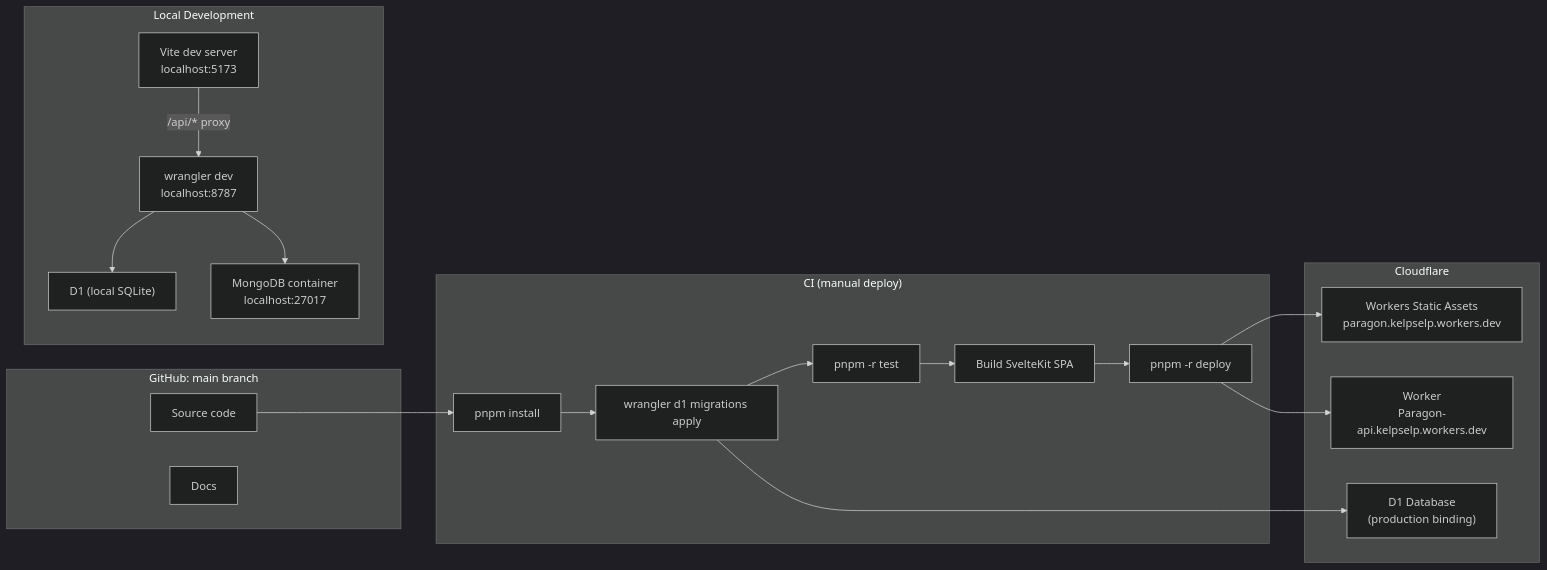
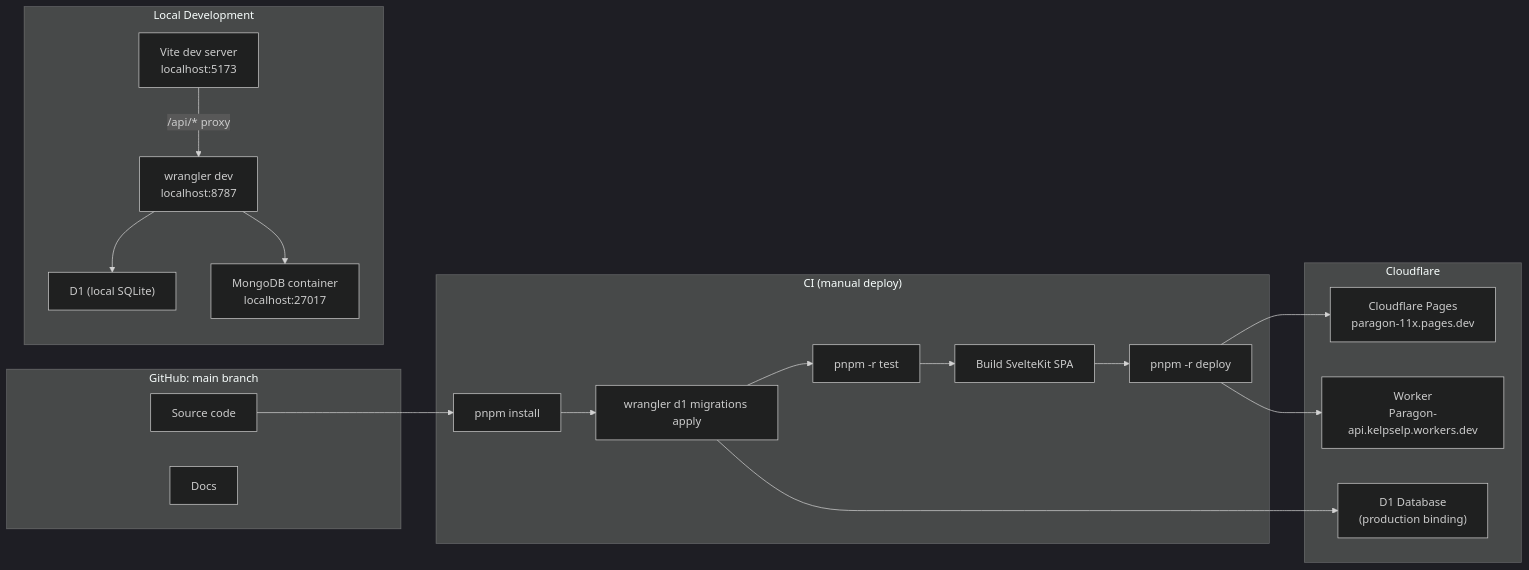
Diagram 21 of 21 in docs/system-design.md (Zyxavy/Paragon), drawn with Mermaid (dark theme) before and after one commit. The commit also changed other lines of this file and 6 other files, not shown here.

Commit message:
docs: update references from Workers to Pages domain

````diff
--- a/docs/system-design.md
+++ b/docs/system-design.md
@@ -977,37 +977,37 @@
 ```mermaid
 flowchart LR
     subgraph Repo["GitHub: main branch"]
         Code["Source code"]
         ADRs["Docs"]
     end
 
     subgraph CI["CI (manual deploy)"]
         Install["pnpm install"]
         Migrate["wrangler d1 migrations apply"]
         Test["pnpm -r test"]
         Build["Build SvelteKit SPA"]
         Deploy["pnpm -r deploy"]
     end
 
     subgraph Production["Cloudflare"]
-        Web["Workers Static Assets<br/>paragon.kelpselp.workers.dev"]
+        Web["Cloudflare Pages<br/>paragon-11x.pages.dev"]
         API["Worker<br/>Paragon-api.kelpselp.workers.dev"]
         D1_Prod["D1 Database<br/>(production binding)"]
     end
 
     subgraph Dev["Local Development"]
         Vite["Vite dev server<br/>localhost:5173"]
         Wrangler["wrangler dev<br/>localhost:8787"]
         D1_Local["D1 (local SQLite)"]
         Mongo_Local["MongoDB container<br/>localhost:27017"]
     end
 
     Code --> Install --> Migrate --> Test --> Build --> Deploy
     Deploy --> Web
     Deploy --> API
     Migrate --> D1_Prod
 
     Vite -->|"/api/* proxy"| Wrangler
     Wrangler --> D1_Local
     Wrangler --> Mongo_Local
 ```
````
